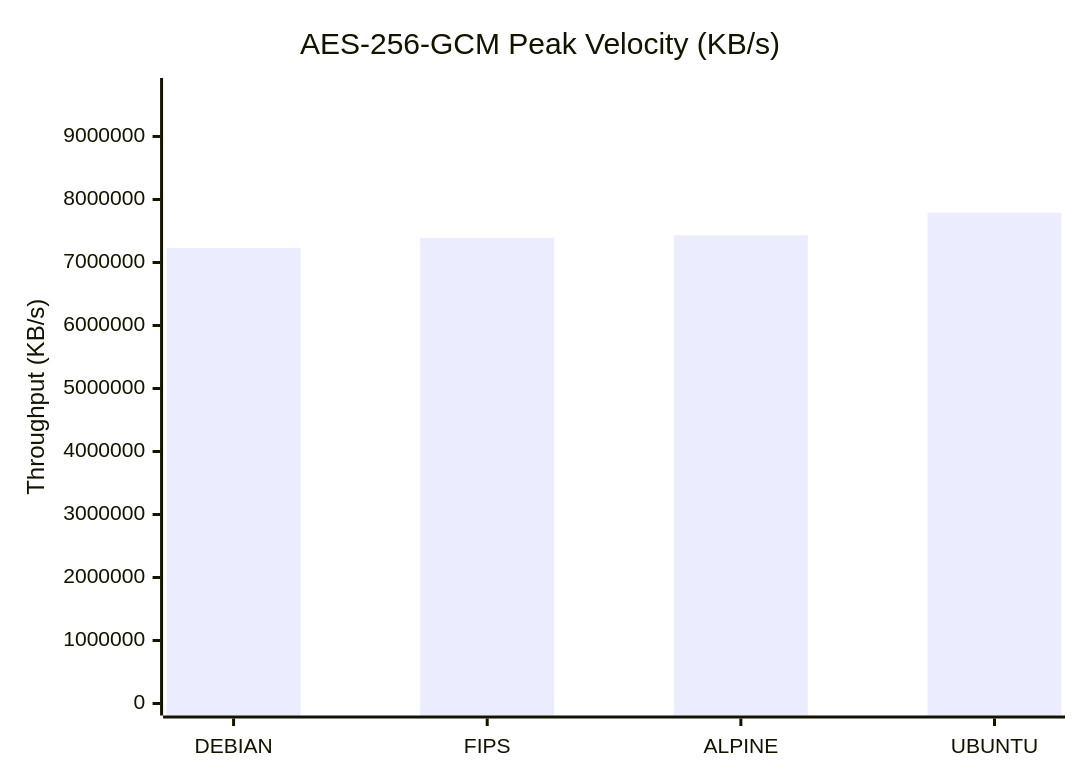
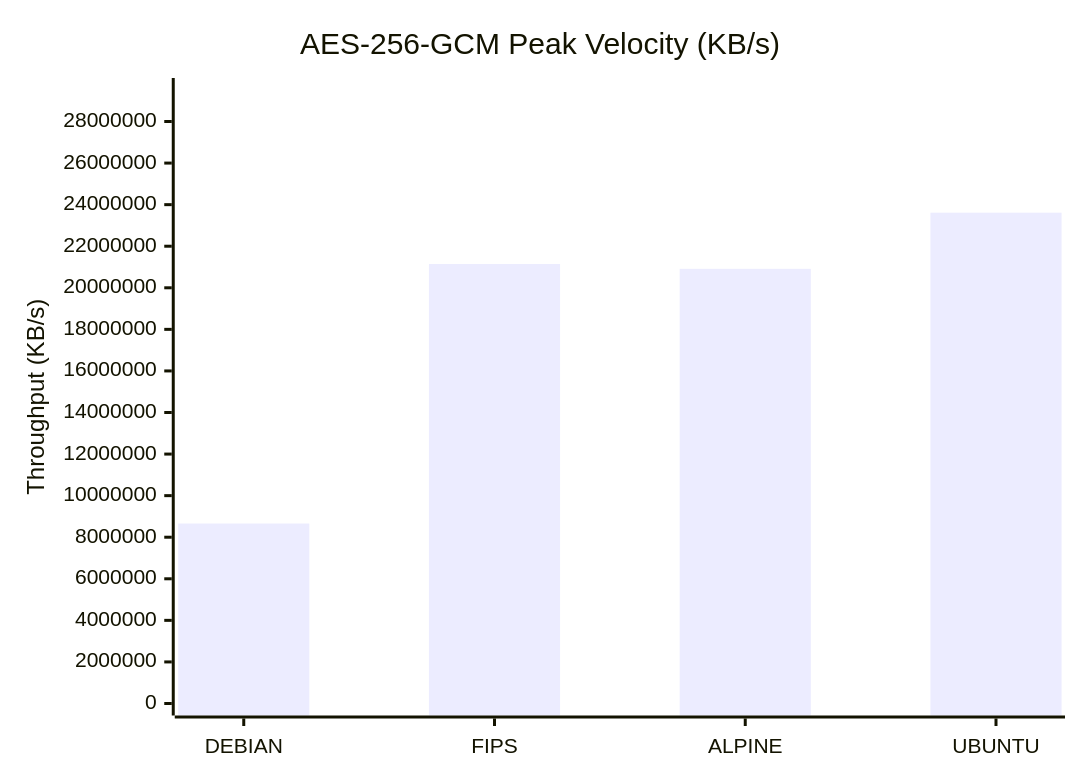
Before and after one commit to taha2samy/openssl_fips: the first of 9 diagrams in docs/Comparison_Report.md, drawn with Mermaid. The commit also changed other lines of this file and 3 other files, not shown here.

````diff
--- a/docs/Comparison_Report.md
+++ b/docs/Comparison_Report.md
@@ -56,7 +56,7 @@
 ```mermaid
 xychart-beta
     title "AES-256-GCM Peak Velocity (KB/s)"
     x-axis [DEBIAN, FIPS, ALPINE, UBUNTU]
-    y-axis "Throughput (KB/s)" 0 --> 9737605
-    bar [7230586.88, 7391281.15, 7432372.22, 7790084.1]
+    y-axis "Throughput (KB/s)" 0 --> 29515847
+    bar [8658706.43, 21143142.4, 20912865.28, 23612678.14]
 ```
````
